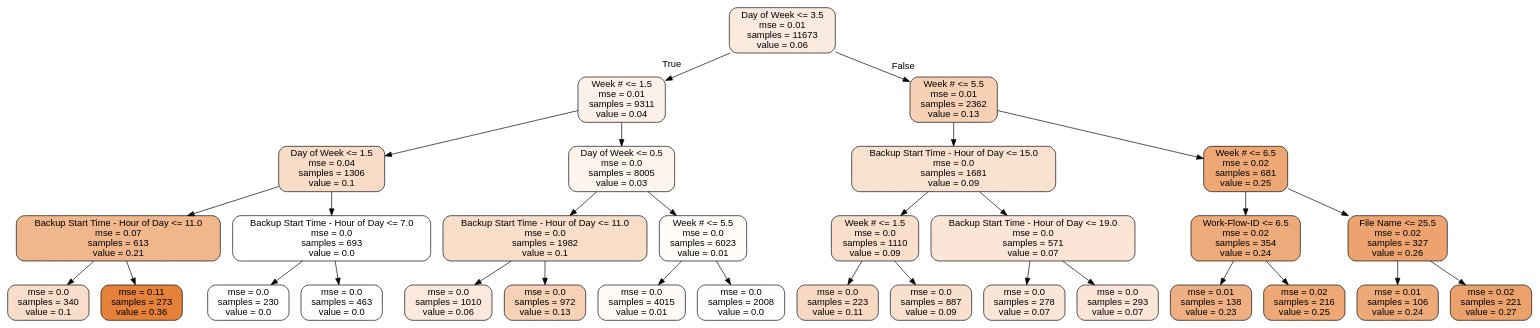
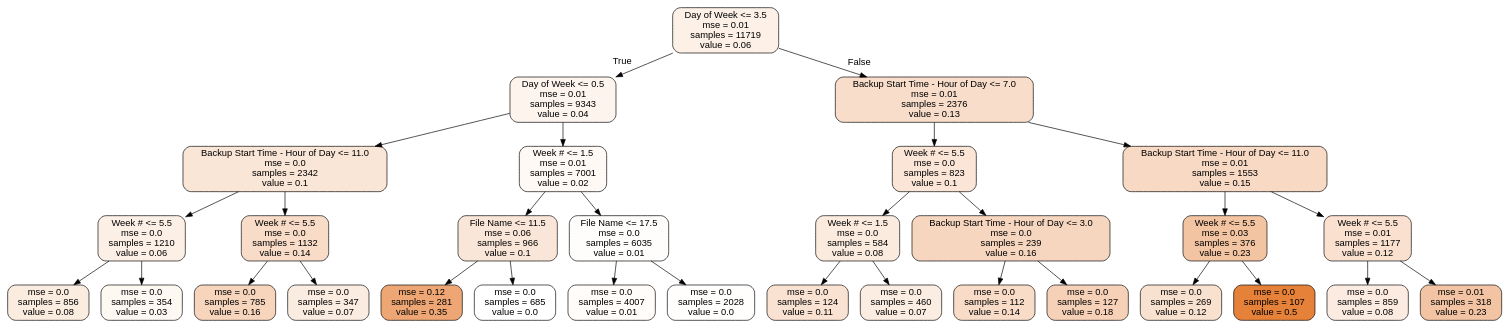
The diagram in tree.dot (219Winter2019adjz/Project4), drawn with Graphviz before and after one commit. The commit also changed 2 other files, not shown here.

```diff
--- a/tree.dot
+++ b/tree.dot
@@ -1,65 +1,65 @@
 digraph Tree {
 node [shape=box, style="filled, rounded", color="black", fontname=helvetica] ;
 edge [fontname=helvetica] ;
-0 [label="Day of Week <= 3.5\nmse = 0.01\nsamples = 11673\nvalue = 0.06", fillcolor="#e581392a"] ;
-1 [label="Week # <= 1.5\nmse = 0.01\nsamples = 9311\nvalue = 0.04", fillcolor="#e581391d"] ;
+0 [label="Day of Week <= 3.5\nmse = 0.01\nsamples = 11719\nvalue = 0.06", fillcolor="#e581391f"] ;
+1 [label="Day of Week <= 0.5\nmse = 0.01\nsamples = 9343\nvalue = 0.04", fillcolor="#e5813916"] ;
 0 -> 1 [labeldistance=2.5, labelangle=45, headlabel="True"] ;
-2 [label="Day of Week <= 1.5\nmse = 0.04\nsamples = 1306\nvalue = 0.1", fillcolor="#e5813946"] ;
+2 [label="Backup Start Time - Hour of Day <= 11.0\nmse = 0.0\nsamples = 2342\nvalue = 0.1", fillcolor="#e5813933"] ;
 1 -> 2 ;
-3 [label="Backup Start Time - Hour of Day <= 11.0\nmse = 0.07\nsamples = 613\nvalue = 0.21", fillcolor="#e5813994"] ;
+3 [label="Week # <= 5.5\nmse = 0.0\nsamples = 1210\nvalue = 0.06", fillcolor="#e5813920"] ;
 2 -> 3 ;
-4 [label="mse = 0.0\nsamples = 340\nvalue = 0.1", fillcolor="#e5813944"] ;
+4 [label="mse = 0.0\nsamples = 856\nvalue = 0.08", fillcolor="#e5813927"] ;
 3 -> 4 ;
-5 [label="mse = 0.11\nsamples = 273\nvalue = 0.36", fillcolor="#e58139ff"] ;
+5 [label="mse = 0.0\nsamples = 354\nvalue = 0.03", fillcolor="#e581390f"] ;
 3 -> 5 ;
-6 [label="Backup Start Time - Hour of Day <= 7.0\nmse = 0.0\nsamples = 693\nvalue = 0.0", fillcolor="#e5813900"] ;
+6 [label="Week # <= 5.5\nmse = 0.0\nsamples = 1132\nvalue = 0.14", fillcolor="#e5813946"] ;
 2 -> 6 ;
-7 [label="mse = 0.0\nsamples = 230\nvalue = 0.0", fillcolor="#e5813900"] ;
+7 [label="mse = 0.0\nsamples = 785\nvalue = 0.16", fillcolor="#e5813954"] ;
 6 -> 7 ;
-8 [label="mse = 0.0\nsamples = 463\nvalue = 0.0", fillcolor="#e5813900"] ;
+8 [label="mse = 0.0\nsamples = 347\nvalue = 0.07", fillcolor="#e5813926"] ;
 6 -> 8 ;
-9 [label="Day of Week <= 0.5\nmse = 0.0\nsamples = 8005\nvalue = 0.03", fillcolor="#e5813917"] ;
+9 [label="Week # <= 1.5\nmse = 0.01\nsamples = 7001\nvalue = 0.02", fillcolor="#e581390c"] ;
 1 -> 9 ;
-10 [label="Backup Start Time - Hour of Day <= 11.0\nmse = 0.0\nsamples = 1982\nvalue = 0.1", fillcolor="#e5813945"] ;
+10 [label="File Name <= 11.5\nmse = 0.06\nsamples = 966\nvalue = 0.1", fillcolor="#e5813932"] ;
 9 -> 10 ;
-11 [label="mse = 0.0\nsamples = 1010\nvalue = 0.06", fillcolor="#e581392c"] ;
+11 [label="mse = 0.12\nsamples = 281\nvalue = 0.35", fillcolor="#e58139b3"] ;
 10 -> 11 ;
-12 [label="mse = 0.0\nsamples = 972\nvalue = 0.13", fillcolor="#e581395d"] ;
+12 [label="mse = 0.0\nsamples = 685\nvalue = 0.0", fillcolor="#e5813900"] ;
 10 -> 12 ;
-13 [label="Week # <= 5.5\nmse = 0.0\nsamples = 6023\nvalue = 0.01", fillcolor="#e5813907"] ;
+13 [label="File Name <= 17.5\nmse = 0.0\nsamples = 6035\nvalue = 0.01", fillcolor="#e5813905"] ;
 9 -> 13 ;
-14 [label="mse = 0.0\nsamples = 4015\nvalue = 0.01", fillcolor="#e581390a"] ;
+14 [label="mse = 0.0\nsamples = 4007\nvalue = 0.01", fillcolor="#e5813907"] ;
 13 -> 14 ;
-15 [label="mse = 0.0\nsamples = 2008\nvalue = 0.0", fillcolor="#e5813902"] ;
+15 [label="mse = 0.0\nsamples = 2028\nvalue = 0.0", fillcolor="#e5813902"] ;
 13 -> 15 ;
-16 [label="Week # <= 5.5\nmse = 0.01\nsamples = 2362\nvalue = 0.13", fillcolor="#e581395f"] ;
+16 [label="Backup Start Time - Hour of Day <= 7.0\nmse = 0.01\nsamples = 2376\nvalue = 0.13", fillcolor="#e5813944"] ;
 0 -> 16 [labeldistance=2.5, labelangle=-45, headlabel="False"] ;
-17 [label="Backup Start Time - Hour of Day <= 15.0\nmse = 0.0\nsamples = 1681\nvalue = 0.09", fillcolor="#e581393d"] ;
+17 [label="Week # <= 5.5\nmse = 0.0\nsamples = 823\nvalue = 0.1", fillcolor="#e5813935"] ;
 16 -> 17 ;
-18 [label="Week # <= 1.5\nmse = 0.0\nsamples = 1110\nvalue = 0.09", fillcolor="#e5813942"] ;
+18 [label="Week # <= 1.5\nmse = 0.0\nsamples = 584\nvalue = 0.08", fillcolor="#e5813929"] ;
 17 -> 18 ;
-19 [label="mse = 0.0\nsamples = 223\nvalue = 0.11", fillcolor="#e581394d"] ;
+19 [label="mse = 0.0\nsamples = 124\nvalue = 0.11", fillcolor="#e581393a"] ;
 18 -> 19 ;
-20 [label="mse = 0.0\nsamples = 887\nvalue = 0.09", fillcolor="#e581393f"] ;
+20 [label="mse = 0.0\nsamples = 460\nvalue = 0.07", fillcolor="#e5813925"] ;
 18 -> 20 ;
-21 [label="Backup Start Time - Hour of Day <= 19.0\nmse = 0.0\nsamples = 571\nvalue = 0.07", fillcolor="#e5813934"] ;
+21 [label="Backup Start Time - Hour of Day <= 3.0\nmse = 0.0\nsamples = 239\nvalue = 0.16", fillcolor="#e5813952"] ;
 17 -> 21 ;
-22 [label="mse = 0.0\nsamples = 278\nvalue = 0.07", fillcolor="#e5813933"] ;
+22 [label="mse = 0.0\nsamples = 112\nvalue = 0.14", fillcolor="#e5813947"] ;
 21 -> 22 ;
-23 [label="mse = 0.0\nsamples = 293\nvalue = 0.07", fillcolor="#e5813934"] ;
+23 [label="mse = 0.0\nsamples = 127\nvalue = 0.18", fillcolor="#e581395c"] ;
 21 -> 23 ;
-24 [label="Week # <= 6.5\nmse = 0.02\nsamples = 681\nvalue = 0.25", fillcolor="#e58139b1"] ;
+24 [label="Backup Start Time - Hour of Day <= 11.0\nmse = 0.01\nsamples = 1553\nvalue = 0.15", fillcolor="#e581394c"] ;
 16 -> 24 ;
-25 [label="Work-Flow-ID <= 6.5\nmse = 0.02\nsamples = 354\nvalue = 0.24", fillcolor="#e58139aa"] ;
+25 [label="Week # <= 5.5\nmse = 0.03\nsamples = 376\nvalue = 0.23", fillcolor="#e5813977"] ;
 24 -> 25 ;
-26 [label="mse = 0.01\nsamples = 138\nvalue = 0.23", fillcolor="#e58139a1"] ;
+26 [label="mse = 0.0\nsamples = 269\nvalue = 0.12", fillcolor="#e581393c"] ;
 25 -> 26 ;
-27 [label="mse = 0.02\nsamples = 216\nvalue = 0.25", fillcolor="#e58139b0"] ;
+27 [label="mse = 0.0\nsamples = 107\nvalue = 0.5", fillcolor="#e58139ff"] ;
 25 -> 27 ;
-28 [label="File Name <= 25.5\nmse = 0.02\nsamples = 327\nvalue = 0.26", fillcolor="#e58139b9"] ;
+28 [label="Week # <= 5.5\nmse = 0.01\nsamples = 1177\nvalue = 0.12", fillcolor="#e581393e"] ;
 24 -> 28 ;
-29 [label="mse = 0.01\nsamples = 106\nvalue = 0.24", fillcolor="#e58139ad"] ;
+29 [label="mse = 0.0\nsamples = 859\nvalue = 0.08", fillcolor="#e5813928"] ;
 28 -> 29 ;
-30 [label="mse = 0.02\nsamples = 221\nvalue = 0.27", fillcolor="#e58139be"] ;
+30 [label="mse = 0.01\nsamples = 318\nvalue = 0.23", fillcolor="#e5813976"] ;
 28 -> 30 ;
 }
```
